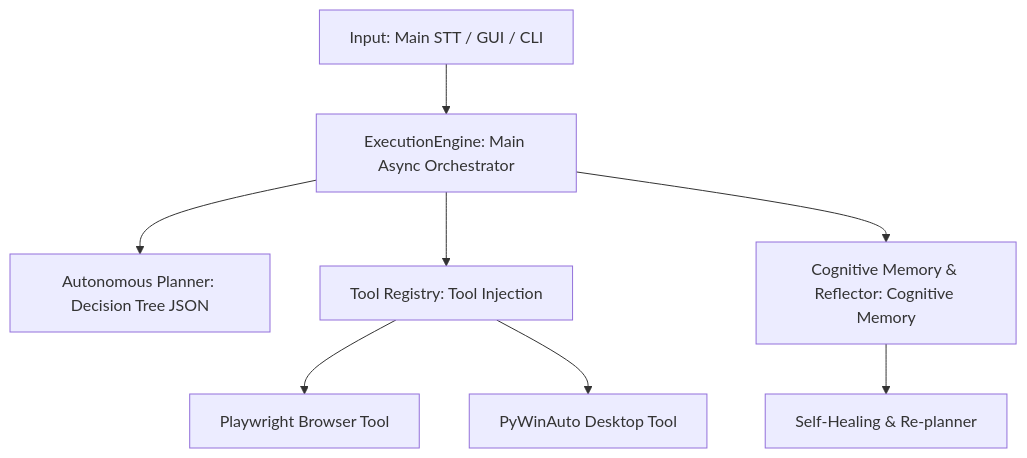
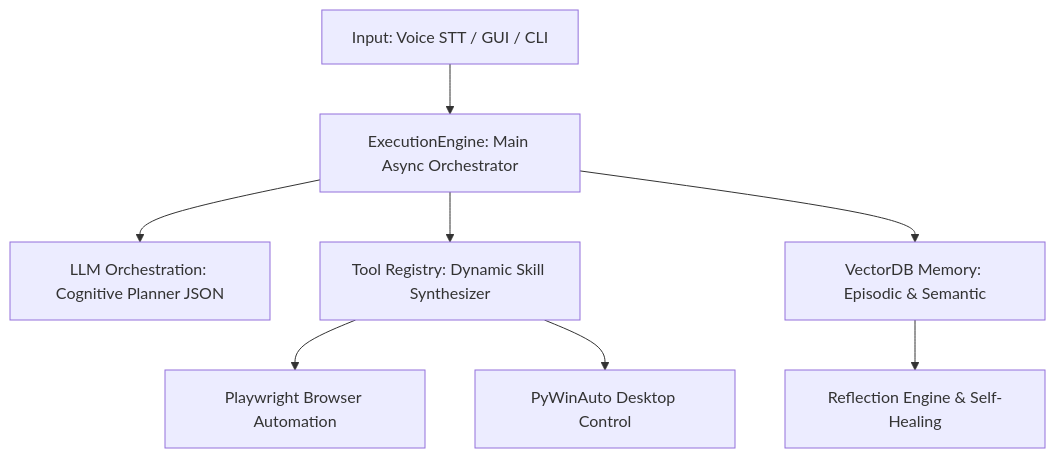
Before and after one commit to OguzEmir177/JARVIS-Cognitive-OS: the diagram in README.md, drawn with Mermaid. The commit also changed other lines of this file and 77 other files, not shown here.

````diff
--- a/README.md
+++ b/README.md
@@ -81,10 +32,10 @@
 ```mermaid
 graph TD
-    A[Input: Main STT / GUI / CLI] --> B[ExecutionEngine: Main Async Orchestrator]
-    B --> C[Autonomous Planner: Decision Tree JSON]
-    B --> D[Tool Registry: Tool Injection]
-    B --> E[Cognitive Memory & Reflector: Cognitive Memory]
-    D --> F[Playwright Browser Tool]
-    D --> G[PyWinAuto Desktop Tool]
-    E --> H[Self-Healing & Re-planner]
+    A[Input: Voice STT / GUI / CLI] --> B[ExecutionEngine: Main Async Orchestrator]
+    B --> C[LLM Orchestration: Cognitive Planner JSON]
+    B --> D[Tool Registry: Dynamic Skill Synthesizer]
+    B --> E[VectorDB Memory: Episodic & Semantic]
+    D --> F[Playwright Browser Automation]
+    D --> G[PyWinAuto Desktop Control]
+    E --> H[Reflection Engine & Self-Healing]
 ```
````
